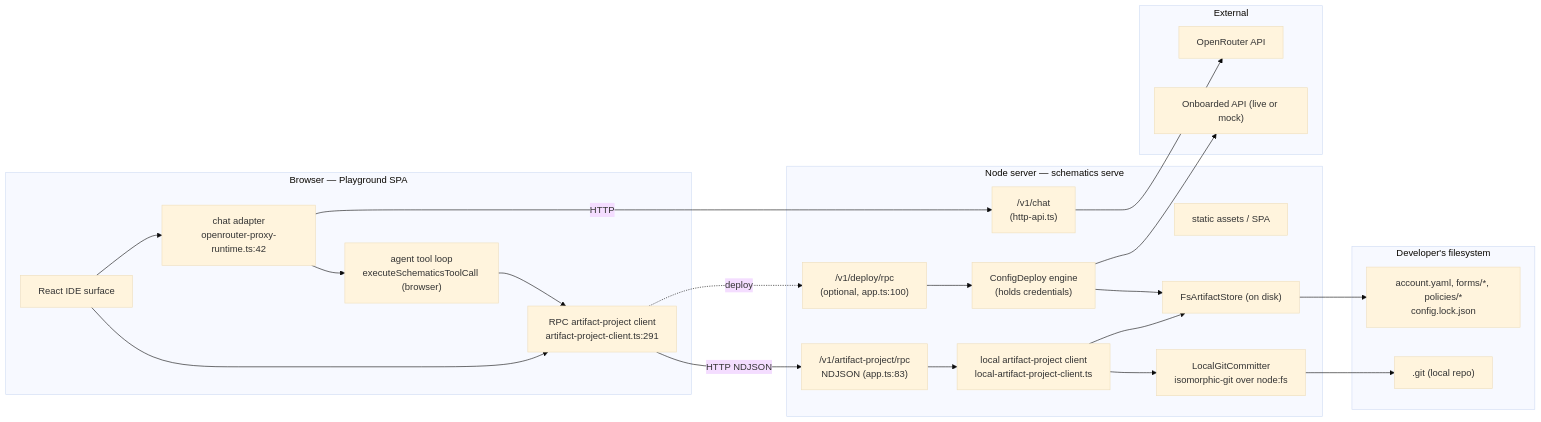
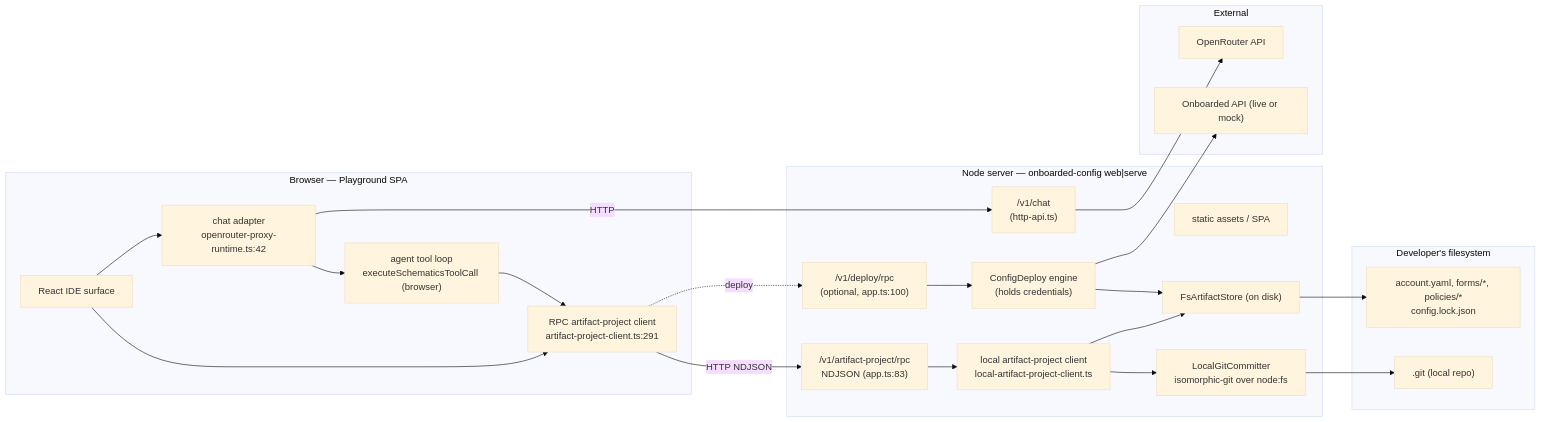
Before and after one commit to bjacobso/schematics: the second of 9 diagrams in docs/architecture-deployment-modes.md, drawn with Mermaid (base theme). The commit also changed other lines of this file and 47 other files, not shown here.

Commit message:
Tighten onboarded config e2e docs

````diff
--- a/docs/architecture-deployment-modes.md
+++ b/docs/architecture-deployment-modes.md
@@ -61,46 +61,46 @@
 ```mermaid
 flowchart LR
   subgraph browser["Browser — Playground SPA"]
     ui["React IDE surface"]
     apc["RPC artifact-project client<br/>artifact-project-client.ts:291"]
     chat["chat adapter<br/>openrouter-proxy-runtime.ts:42"]
     tools["agent tool loop<br/>executeSchematicsToolCall (browser)"]
     ui --> apc
     ui --> chat
     chat --> tools
     tools --> apc
   end
 
-  subgraph node["Node server — schematics serve"]
+  subgraph node["Node server — onboarded-config web|serve"]
     rpc["/v1/artifact-project/rpc<br/>NDJSON (app.ts:83)"]
     chatapi["/v1/chat<br/>(http-api.ts)"]
     deployrpc["/v1/deploy/rpc<br/>(optional, app.ts:100)"]
     static["static assets / SPA"]
     svc["local artifact-project client<br/>local-artifact-project-client.ts"]
     fsstore["FsArtifactStore (on disk)"]
     committer["LocalGitCommitter<br/>isomorphic-git over node:fs"]
     engine["ConfigDeploy engine<br/>(holds credentials)"]
     rpc --> svc --> fsstore
     svc --> committer
     deployrpc --> engine
   end
 
   subgraph disk["Developer's filesystem"]
     files["account.yaml, forms/*, policies/*<br/>config.lock.json"]
     gitrepo[".git (local repo)"]
   end
 
   subgraph ext["External"]
     or["OpenRouter API"]
     onb["Onboarded API (live or mock)"]
   end
 
   apc -->|HTTP NDJSON| rpc
   chat -->|HTTP| chatapi
   apc -.deploy.-> deployrpc
   fsstore --> files
   committer --> gitrepo
   chatapi --> or
   engine --> onb
   engine --> fsstore
 ```
````
